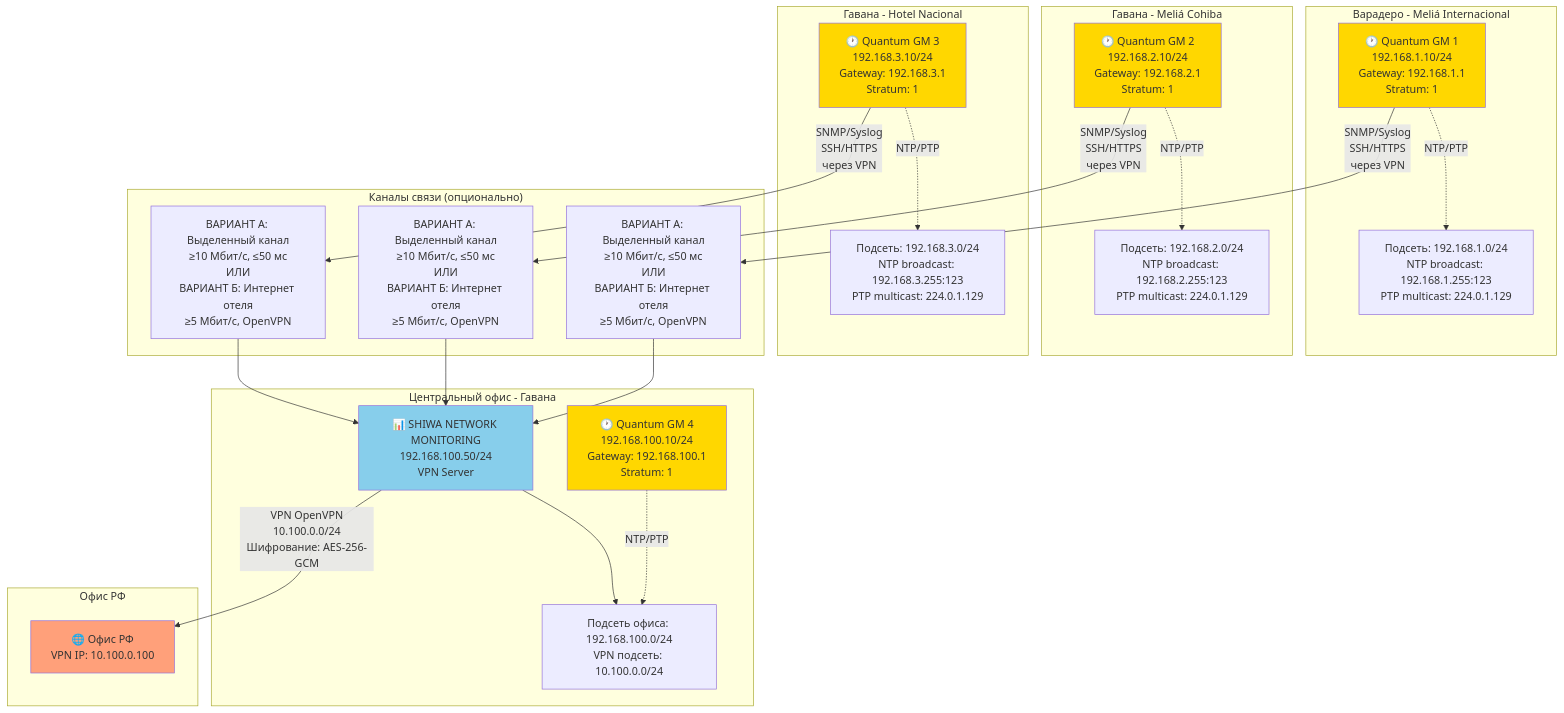
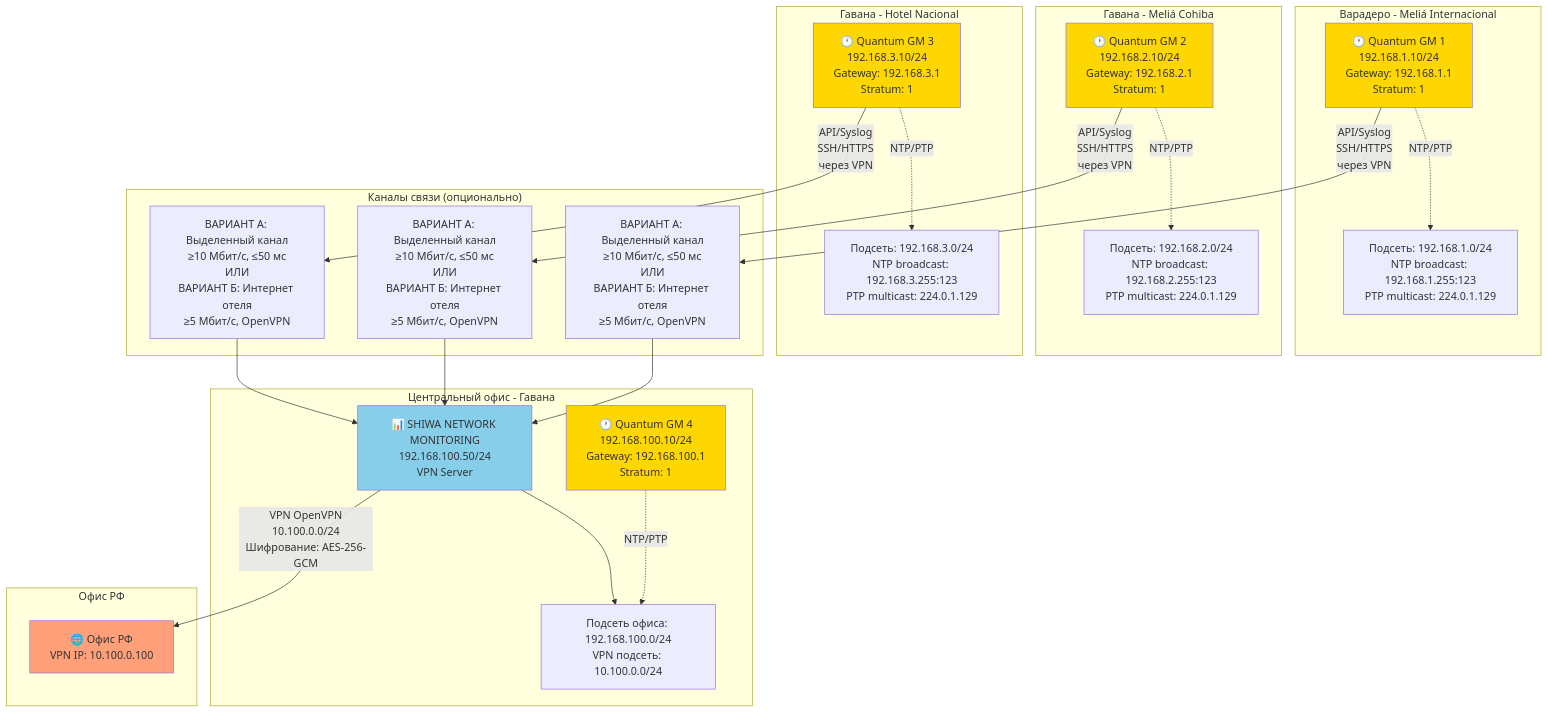
One commit to SiwaNetwork/BIZNES_HOTEL changed the second of 6 diagrams in network_diagrams.md. Above: the diagram before and after it, drawn with Mermaid. The commit also changed other lines of this file and 3 other files, not shown here.

````diff
--- a/network_diagrams.md
+++ b/network_diagrams.md
@@ -200,54 +200,54 @@
 ```mermaid
 graph TB
     subgraph "Варадеро - Meliá Internacional"
         GM1["🕐 Quantum GM 1<br/>192.168.1.10/24<br/>Gateway: 192.168.1.1<br/>Stratum: 1"]
         VLAN1["Подсеть: 192.168.1.0/24<br/>NTP broadcast: 192.168.1.255:123<br/>PTP multicast: 224.0.1.129"]
         GM1 -.->|NTP/PTP| VLAN1
     end
     
     subgraph "Гавана - Meliá Cohiba"
         GM2["🕐 Quantum GM 2<br/>192.168.2.10/24<br/>Gateway: 192.168.2.1<br/>Stratum: 1"]
         VLAN2["Подсеть: 192.168.2.0/24<br/>NTP broadcast: 192.168.2.255:123<br/>PTP multicast: 224.0.1.129"]
         GM2 -.->|NTP/PTP| VLAN2
     end
     
     subgraph "Гавана - Hotel Nacional"
         GM3["🕐 Quantum GM 3<br/>192.168.3.10/24<br/>Gateway: 192.168.3.1<br/>Stratum: 1"]
         VLAN3["Подсеть: 192.168.3.0/24<br/>NTP broadcast: 192.168.3.255:123<br/>PTP multicast: 224.0.1.129"]
         GM3 -.->|NTP/PTP| VLAN3
     end
     
     subgraph "Центральный офис - Гавана"
         GM4["🕐 Quantum GM 4<br/>192.168.100.10/24<br/>Gateway: 192.168.100.1<br/>Stratum: 1"]
         MON["📊 SHIWA NETWORK MONITORING<br/>192.168.100.50/24<br/>VPN Server"]
         OFFICE_NET["Подсеть офиса: 192.168.100.0/24<br/>VPN подсеть: 10.100.0.0/24"]
         GM4 -.->|NTP/PTP| OFFICE_NET
         MON --> OFFICE_NET
     end
     
     subgraph "Каналы связи (опционально)"
         WAN1["ВАРИАНТ А: Выделенный канал<br/>≥10 Мбит/с, ≤50 мс<br/>ИЛИ<br/>ВАРИАНТ Б: Интернет отеля<br/>≥5 Мбит/с, OpenVPN"]
         WAN2["ВАРИАНТ А: Выделенный канал<br/>≥10 Мбит/с, ≤50 мс<br/>ИЛИ<br/>ВАРИАНТ Б: Интернет отеля<br/>≥5 Мбит/с, OpenVPN"]
         WAN3["ВАРИАНТ А: Выделенный канал<br/>≥10 Мбит/с, ≤50 мс<br/>ИЛИ<br/>ВАРИАНТ Б: Интернет отеля<br/>≥5 Мбит/с, OpenVPN"]
     end
     
-    GM1 -->|SNMP/Syslog<br/>SSH/HTTPS<br/>через VPN| WAN1
-    GM2 -->|SNMP/Syslog<br/>SSH/HTTPS<br/>через VPN| WAN2
-    GM3 -->|SNMP/Syslog<br/>SSH/HTTPS<br/>через VPN| WAN3
+    GM1 -->|API/Syslog<br/>SSH/HTTPS<br/>через VPN| WAN1
+    GM2 -->|API/Syslog<br/>SSH/HTTPS<br/>через VPN| WAN2
+    GM3 -->|API/Syslog<br/>SSH/HTTPS<br/>через VPN| WAN3
     WAN1 --> MON
     WAN2 --> MON
     WAN3 --> MON
     
     subgraph "Офис РФ"
         RF["🌐 Офис РФ<br/>VPN IP: 10.100.0.100"]
     end
     
     MON -->|"VPN OpenVPN<br/>10.100.0.0/24<br/>Шифрование: AES-256-GCM"| RF
 
     style GM1 fill:#FFD700
     style GM2 fill:#FFD700
     style GM3 fill:#FFD700
     style GM4 fill:#FFD700
     style MON fill:#87CEEB
     style RF fill:#FFA07A
 ```
````
